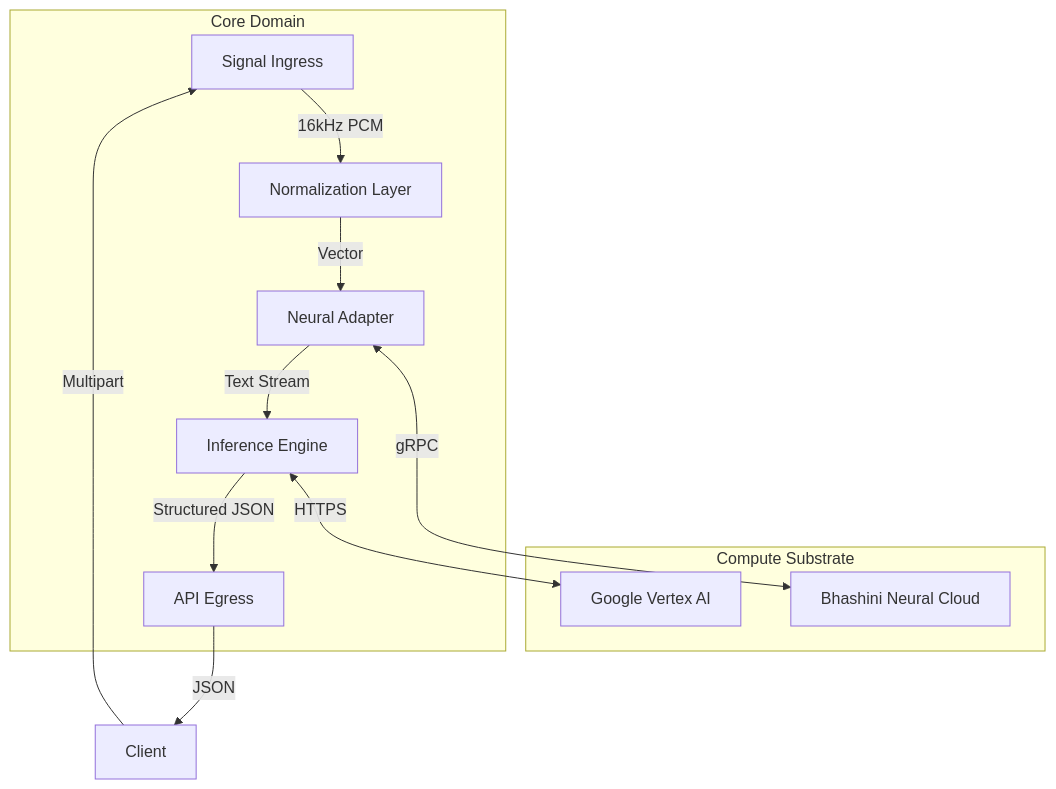
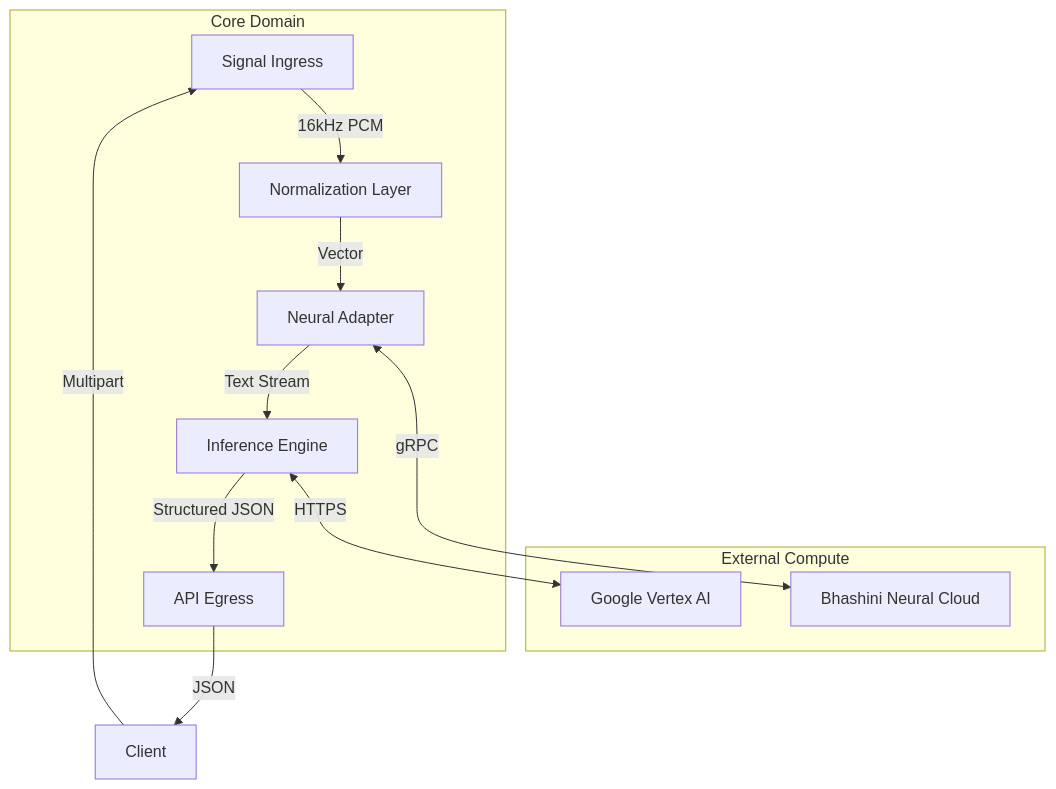
One commit to riteshroshann/meeting-mind-backened-baby-one changed the diagram in README.md. Above: the diagram before and after it, drawn with Mermaid. The commit also changed other lines of this file, not shown here.

````diff
--- a/README.md
+++ b/README.md
@@ -19,19 +22,19 @@
 ```mermaid
 graph TD
-    subgraph "Compute Substrate"
+    subgraph "External Compute"
         Bhashini[Bhashini Neural Cloud]
         Vertex[Google Vertex AI]
     end
 
     subgraph "Core Domain"
         Ingress[Signal Ingress] -->|16kHz PCM| Norm[Normalization Layer]
         Norm -->|Vector| Adapter[Neural Adapter]
         Adapter <-->|gRPC| Bhashini
         Adapter -->|Text Stream| Reasoner[Inference Engine]
         Reasoner <-->|HTTPS| Vertex
         Reasoner -->|Structured JSON| Egress[API Egress]
     end
 
     Client -->|Multipart| Ingress
     Egress -->|JSON| Client
 ```
````
